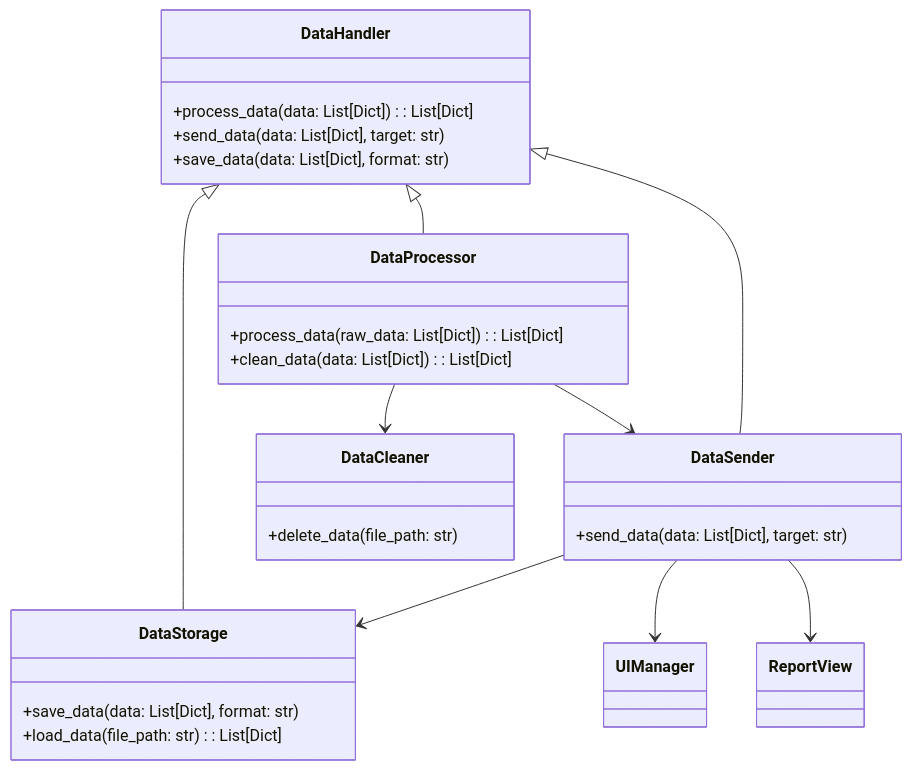
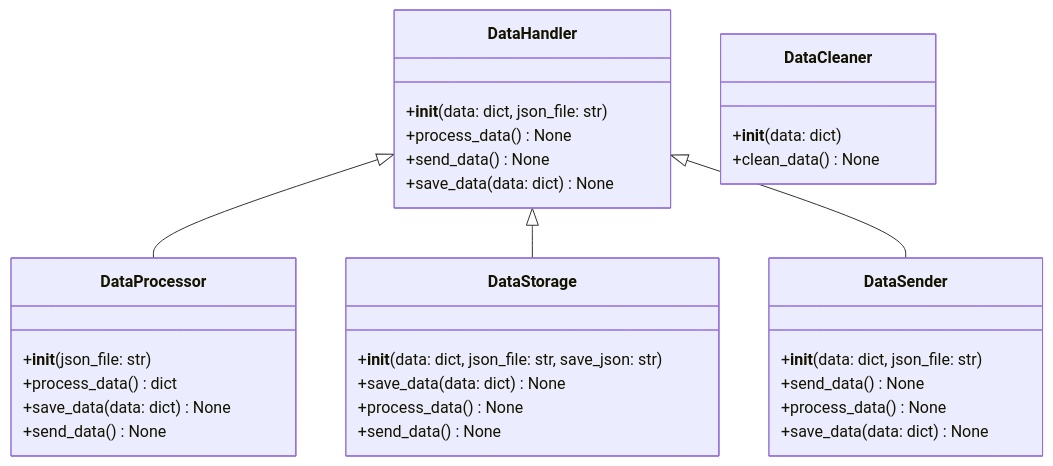
One commit to Angel-Suescun/Sistema-De-Webscrapping changed the second of 3 diagrams in README.md. Above: the diagram before and after it, drawn with Mermaid. The commit also changed other lines of this file, not shown here.

````diff
--- a/README.md
+++ b/README.md
@@ -164,39 +88,40 @@
 ```mermaid
 classDiagram
     class DataHandler {
-        +process_data(data: List[Dict]) : List[Dict]
-        +send_data(data: List[Dict], target: str)
-        +save_data(data: List[Dict], format: str)
-    }
-
-    class DataStorage {
-        +save_data(data: List[Dict], format: str)
-        +load_data(file_path: str) : List[Dict]
+        +__init__(data: dict, json_file: str)
+        +process_data() None
+        +send_data() None
+        +save_data(data: dict) None
     }
 
     class DataProcessor {
-        +process_data(raw_data: List[Dict]) : List[Dict]
-        +clean_data(data: List[Dict]) : List[Dict]
+        +__init__(json_file: str)
+        +process_data() dict
+        +save_data(data: dict) None
+        +send_data() None
+    }
+
+
+    class DataStorage {
+        +__init__(data: dict, json_file: str, save_json: str)
+        +save_data(data: dict) None
+        +process_data() None
+        +send_data() None
+    }
+
+    class DataSender {
+        +__init__(data: dict, json_file: str)
+        +send_data() None
+        +process_data() None
+        +save_data(data: dict) None
     }
 
     class DataCleaner {
-        +delete_data(file_path: str)
+        +__init__(data: dict)
+        +clean_data() None
     }
 
-    class DataSender {
-        +send_data(data: List[Dict], target: str)
-    }
-
+    DataHandler <|-- DataProcessor
     DataHandler <|-- DataStorage
-    DataHandler <|-- DataProcessor
     DataHandler <|-- DataSender
-
-    DataProcessor --> DataCleaner
-    DataProcessor --> DataSender 
-    DataSender --> DataStorage 
-    DataSender --> UIManager 
-    DataSender --> ReportView  
-     
-
-
 ```
````
